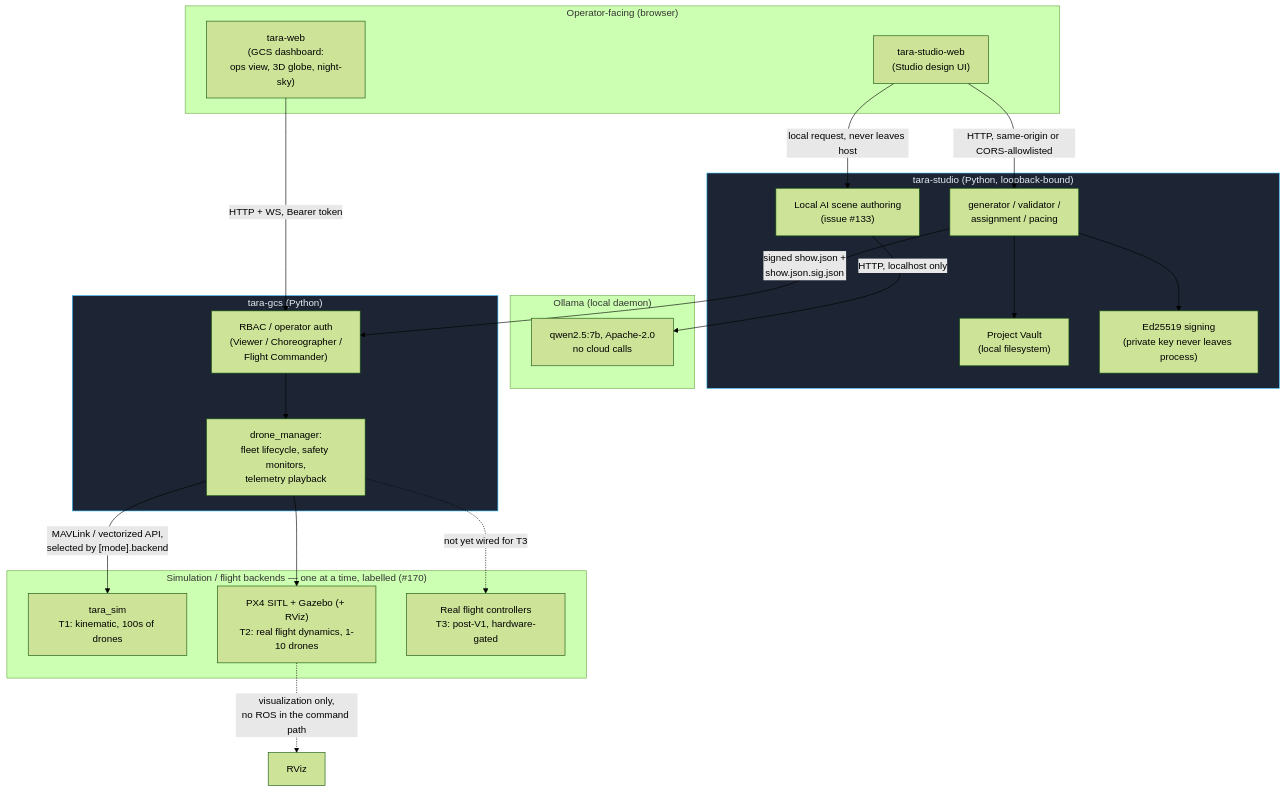
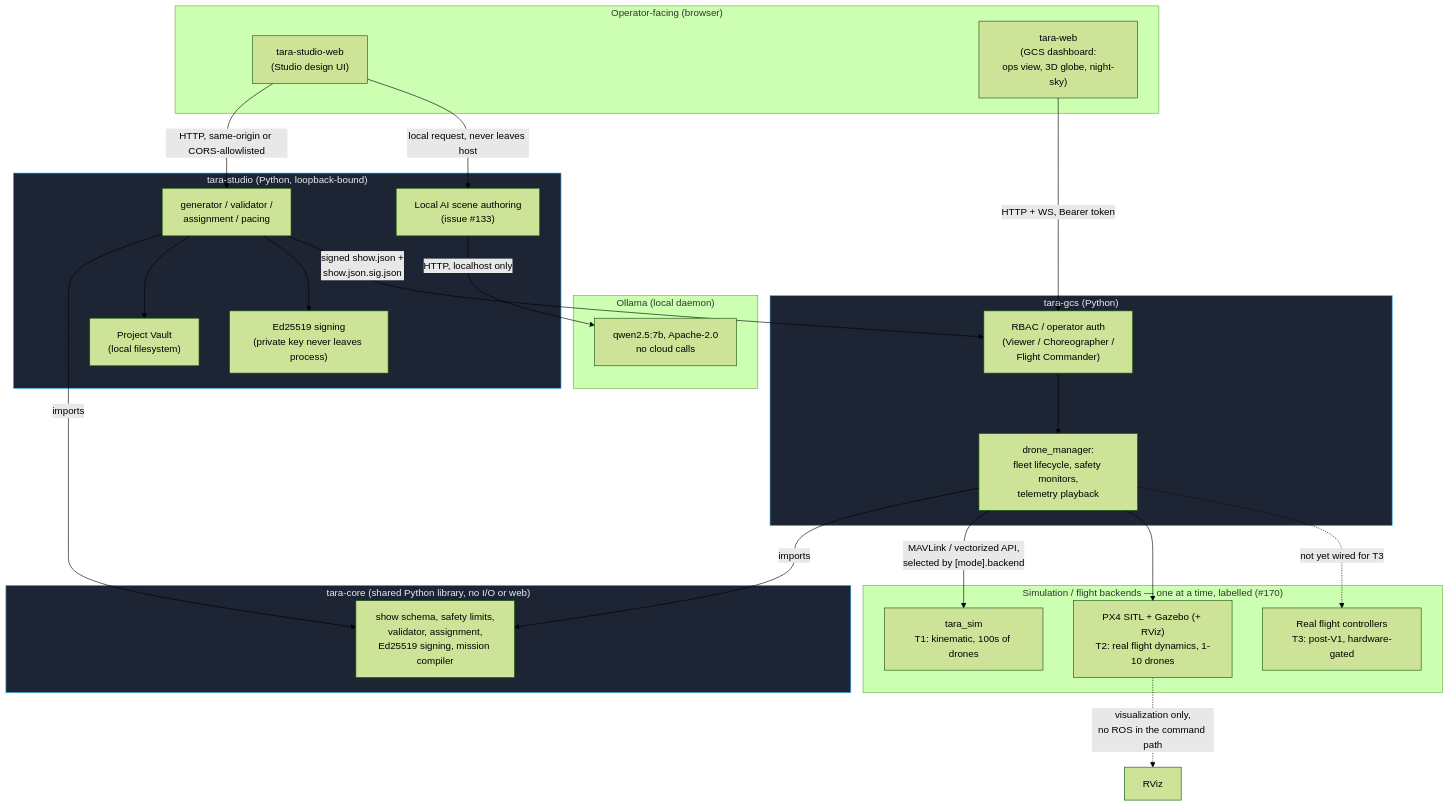
Before and after one commit to harsh-pandhe/Taramandal-GCS: the diagram in docs/evidence-pack.md, drawn with Mermaid (forest theme). The commit also changed other lines of this file and 1 other file, not shown here.

First line of the commit message:
docs(evidence-pack): a tier on every result, CI links, a per-run T2 table, a software-tests section, the tara-core node, and the stale statements fixed (#134) (#307)

````diff
--- a/docs/evidence-pack.md
+++ b/docs/evidence-pack.md
@@ -64,45 +64,51 @@
 ```mermaid
 flowchart TB
     subgraph operator["Operator-facing (browser)"]
         studioweb["tara-studio-web<br/>(Studio design UI)"]
         gcsweb["tara-web<br/>(GCS dashboard:<br/>ops view, 3D globe, night-sky)"]
     end
 
     subgraph studio["tara-studio (Python, loopback-bound)"]
         studiocore["generator / validator /<br/>assignment / pacing"]
         vault["Project Vault<br/>(local filesystem)"]
         signing["Ed25519 signing<br/>(private key never leaves process)"]
         ai["Local AI scene authoring<br/>(issue #133)"]
     end
 
     subgraph ollama["Ollama (local daemon)"]
         model["qwen2.5:7b, Apache-2.0<br/>no cloud calls"]
     end
 
+    subgraph corelib["tara-core (shared Python library, no I/O or web)"]
+        core["show schema, safety limits,<br/>validator, assignment,<br/>Ed25519 signing, mission compiler"]
+    end
+
     subgraph gcs["tara-gcs (Python)"]
         rbac["RBAC / operator auth<br/>(Viewer / Choreographer /<br/>Flight Commander)"]
         dronemgr["drone_manager:<br/>fleet lifecycle, safety monitors,<br/>telemetry playback"]
     end
 
     subgraph fidelity["Simulation / flight backends — one at a time, labelled (#170)"]
         tarasim["tara_sim<br/>T1: kinematic, 100s of drones"]
         px4["PX4 SITL + Gazebo (+ RViz)<br/>T2: real flight dynamics, 1-10 drones"]
         hw["Real flight controllers<br/>T3: post-V1, hardware-gated"]
     end
 
     studioweb -->|"HTTP, same-origin or CORS-allowlisted"| studiocore
+    studiocore -->|"imports"| core
+    dronemgr -->|"imports"| core
     studiocore --> vault
     studiocore --> signing
     studioweb -->|"local request, never leaves host"| ai
     ai -->|"HTTP, localhost only"| model
     studiocore -->|"signed show.json +<br/>show.json.sig.json"| rbac
     gcsweb -->|"HTTP + WS, Bearer token"| rbac
     rbac --> dronemgr
     dronemgr -->|"MAVLink / vectorized API,<br/>selected by [mode].backend"| tarasim
     dronemgr --> px4
     dronemgr -.->|"not yet wired for T3"| hw
     px4 -.->|"visualization only,<br/>no ROS in the command path"| rviz["RViz"]
 
     classDef trust fill:#1d2534,stroke:#38bdf8,color:#e6ebf3;
-    class studio,gcs trust;
+    class studio,gcs,corelib trust;
 ```
````
